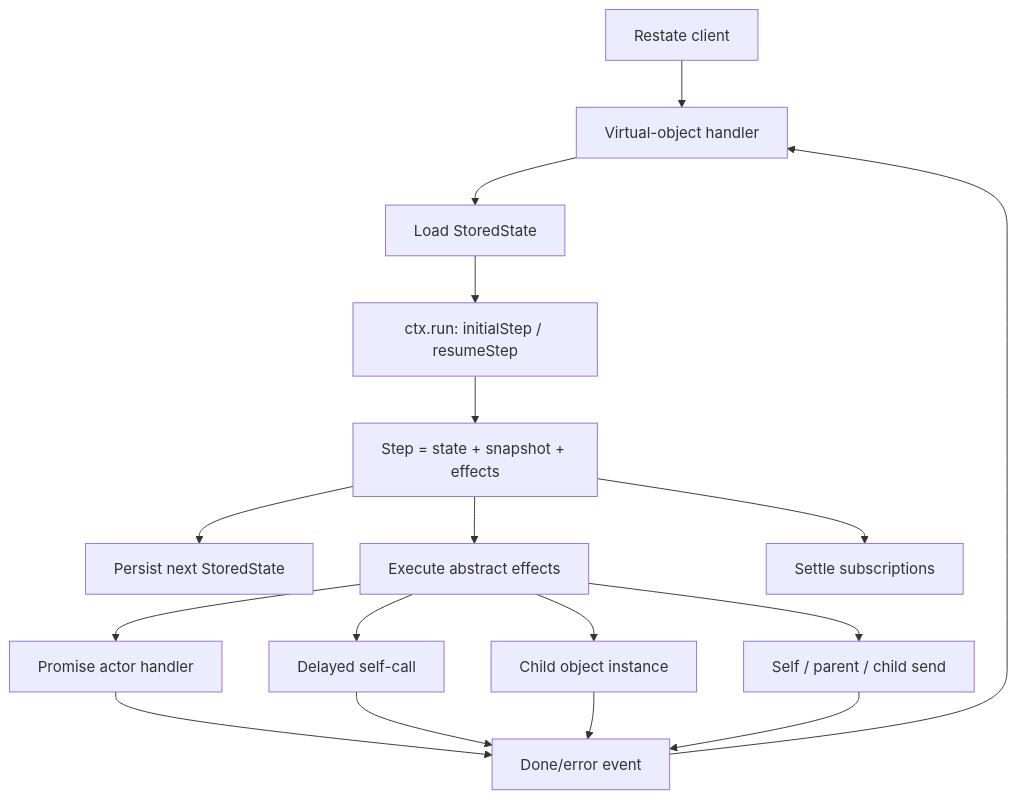
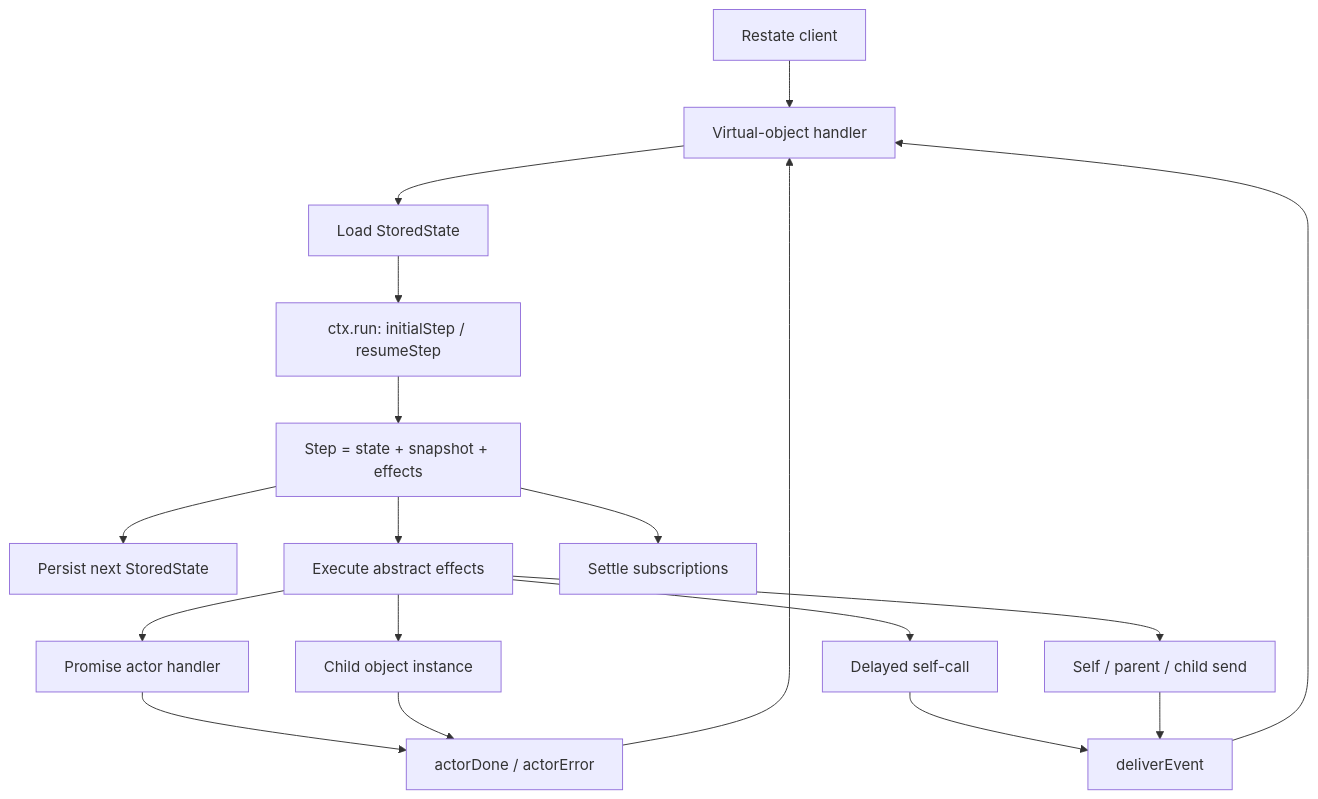
The first of 2 diagrams in MANUAL.md (restatedev/xstate-transitions), drawn with Mermaid before and after one commit. The commit also changed other lines of this file and 18 other files, not shown here.

````diff
--- a/MANUAL.md
+++ b/MANUAL.md
@@ -690,19 +765,20 @@
 ```mermaid
 flowchart TD
     Client["Restate client"] --> Handler["Virtual-object handler"]
     Handler --> Load["Load StoredState"]
     Load --> Compute["ctx.run: initialStep / resumeStep"]
     Compute --> Step["Step = state + snapshot + effects"]
     Step --> Persist["Persist next StoredState"]
     Step --> Effects["Execute abstract effects"]
     Effects --> Actor["Promise actor handler"]
     Effects --> Timer["Delayed self-call"]
     Effects --> Child["Child object instance"]
     Effects --> Message["Self / parent / child send"]
     Step --> Waiters["Settle subscriptions"]
-    Actor --> Result["Done/error event"]
-    Timer --> Result
-    Child --> Result
-    Message --> Result
-    Result --> Handler
+    Actor --> ActorResult["actorDone / actorError"]
+    Child --> ActorResult
+    Timer --> DomainEvent["deliverEvent"]
+    Message --> DomainEvent
+    ActorResult --> Handler
+    DomainEvent --> Handler
 ```
````
